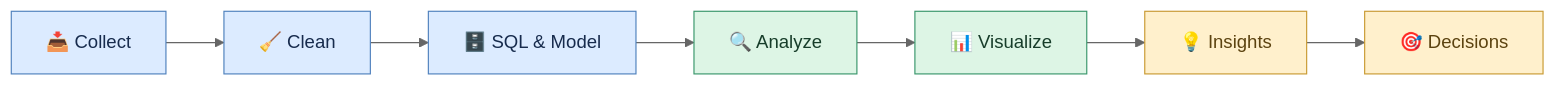
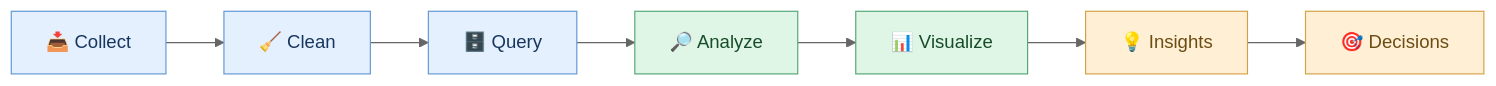
The diagram in README.md (Patty-09/Patty-09), drawn with Mermaid (neutral theme) before and after one commit. The commit also changed other lines of this file, not shown here.

````diff
--- a/README.md
+++ b/README.md
@@ -38,17 +53,17 @@
-```mermaid
+```mermaid id="q4hv9m"
 flowchart LR
     A["📥 Collect"] --> B["🧹 Clean"]
-    B --> C["🗄️ SQL & Model"]
-    C --> D["🔍 Analyze"]
+    B --> C["🗄️ Query"]
+    C --> D["🔎 Analyze"]
     D --> E["📊 Visualize"]
     E --> F["💡 Insights"]
     F --> G["🎯 Decisions"]
 
-    style A fill:#DCEBFF,stroke:#4F81BD,color:#172B4D
-    style B fill:#DCEBFF,stroke:#4F81BD,color:#172B4D
-    style C fill:#DCEBFF,stroke:#4F81BD,color:#172B4D
-    style D fill:#DDF5E5,stroke:#39966B,color:#173D2A
-    style E fill:#DDF5E5,stroke:#39966B,color:#173D2A
-    style F fill:#FFF0CC,stroke:#C99A32,color:#5C4310
-    style G fill:#FFF0CC,stroke:#C99A32,color:#5C4310
+    style A fill:#E5F0FF,stroke:#6096D6,color:#17365D
+    style B fill:#E5F0FF,stroke:#6096D6,color:#17365D
+    style C fill:#E5F0FF,stroke:#6096D6,color:#17365D
+    style D fill:#DFF5E6,stroke:#52A675,color:#174D2A
+    style E fill:#DFF5E6,stroke:#52A675,color:#174D2A
+    style F fill:#FFF0D5,stroke:#D5A044,color:#6B4C13
+    style G fill:#FFF0D5,stroke:#D5A044,color:#6B4C13
 ```
````
